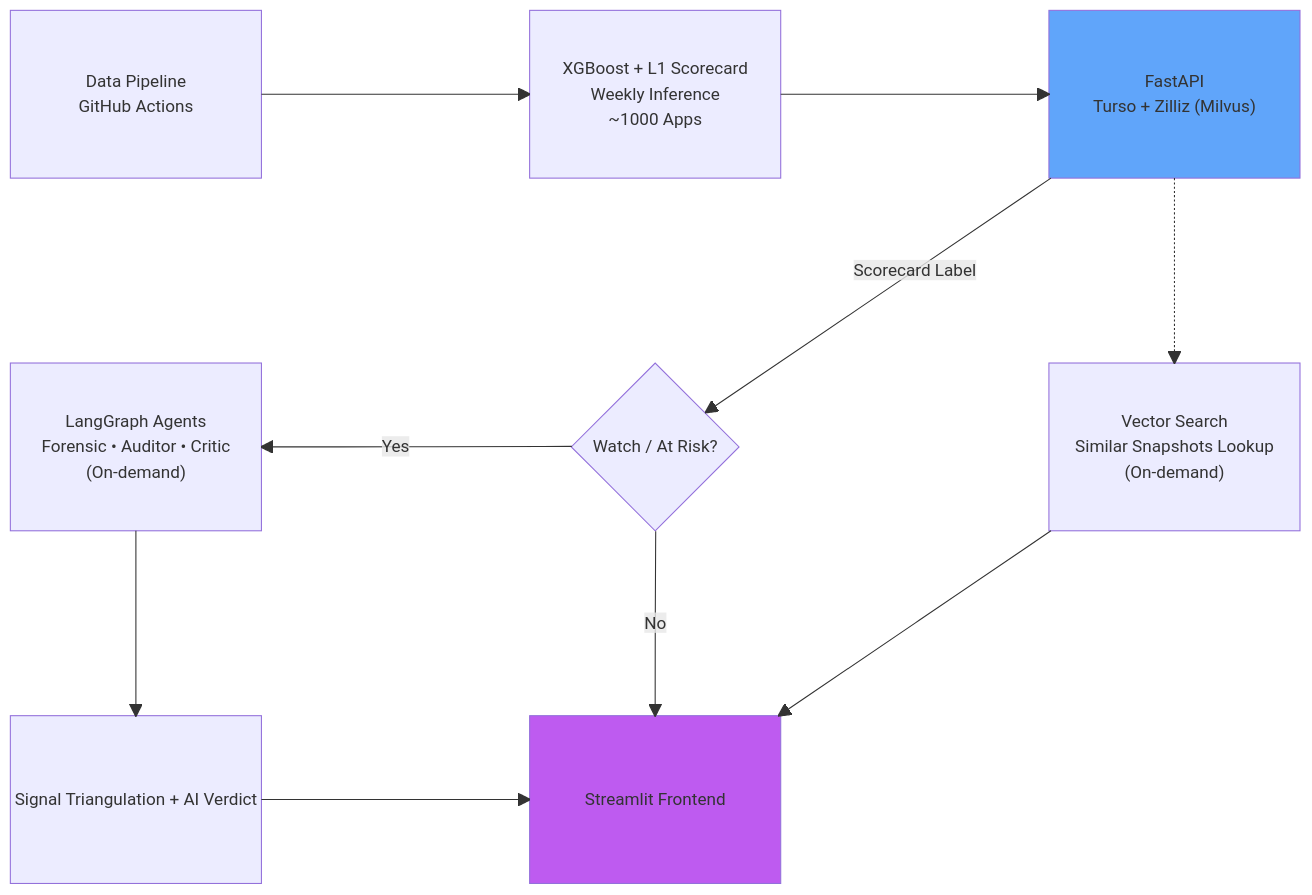
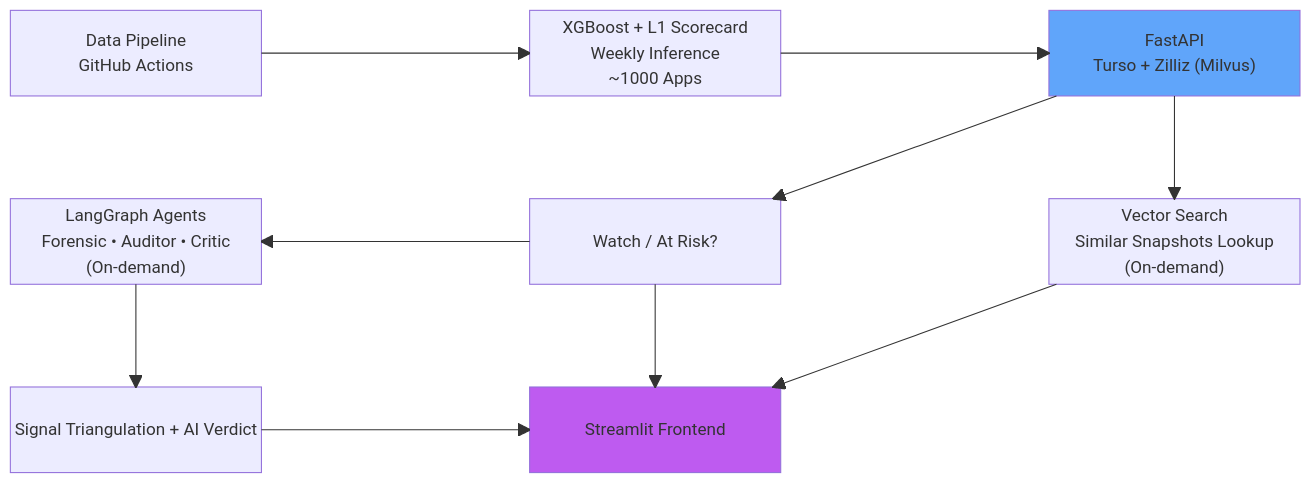
The diagram in README.md (Yiu-dororong/EARLY), drawn with Mermaid before and after one commit.

Commit message:
Fix mermaid diagram render issue in README

````diff
--- a/README.md
+++ b/README.md
@@ -55,26 +55,38 @@
 ```mermaid
 block-beta
     columns 5
     
-B["Data Pipeline<br/>GitHub Actions"] space C["XGBoost + L1 Scorecard<br/>Weekly Inference<br/>~1000 Apps"] space D["FastAPI<br/>Turso + Zilliz (Milvus)"]
+    B["Data Pipeline<br/>GitHub Actions"] 
+    space 
+    C["XGBoost + L1 Scorecard<br/>Weekly Inference<br/>~1000 Apps"] 
+    space 
+    D["FastAPI<br/>Turso + Zilliz (Milvus)"]
     
     space space space space space 
 
-    G["LangGraph Agents<br/>Forensic • Auditor • Critic<br/>(On-demand)"] space E{"Watch / At Risk?"} space  F["Vector Search<br/>Similar Snapshots Lookup<br/>(On-demand)"] 
+    G["LangGraph Agents<br/>Forensic • Auditor • Critic<br/>(On-demand)"] 
+    space 
+    E["Watch / At Risk?"] 
+    space  
+    F["Vector Search<br/>Similar Snapshots Lookup<br/>(On-demand)"] 
 
     space space space space space 
     
-    I["Signal Triangulation + AI Verdict"] space H["Streamlit Frontend"]  space  space
+    I["Signal Triangulation + AI Verdict"] 
+    space 
+    H["Streamlit Frontend"]  
+    space space
 
     B --> C
     C --> D
-    D -- "Scorecard Label" --> E
-    D -.-> F
-    E -- "Yes" --> G
-    E -- "No" --> H
+    D --> E
+    D --> F
+    E --> G
+    E --> H
     G --> I
     F --> H
     I --> H
+    
     style D fill:#60a5fa
     style H fill:#be5bf0
 ```
````
